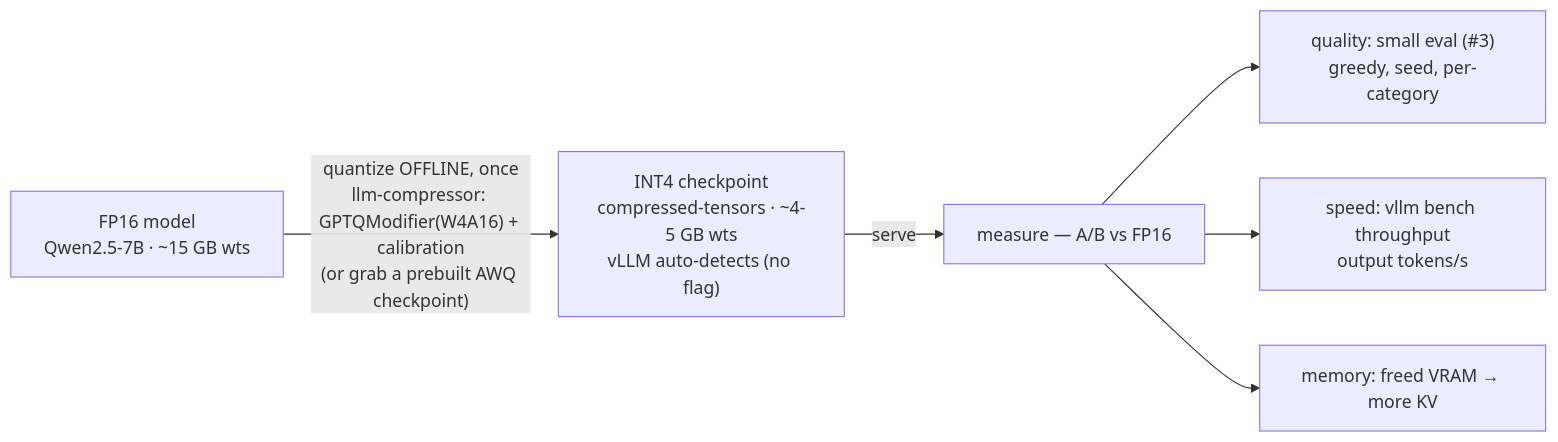
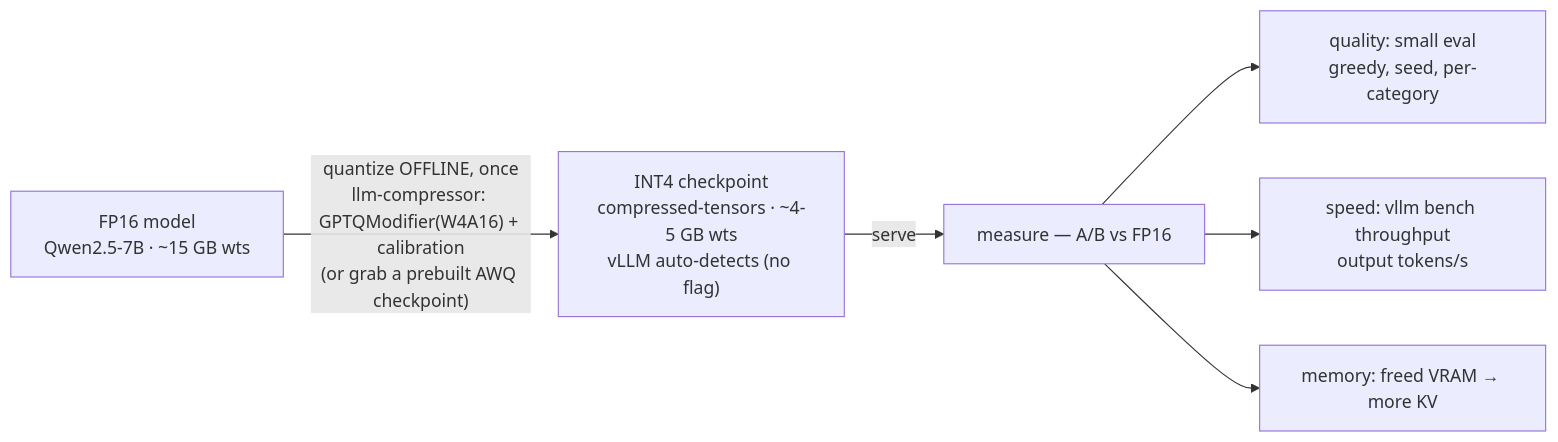
The diagram in site_src/part4/quantization-lab.md (xiangzhang-coding/inference-learning-path), drawn with Mermaid before and after one commit. The commit also changed other lines of this file and 33 other files, not shown here.

````diff
--- a/site_src/part4/quantization-lab.md
+++ b/site_src/part4/quantization-lab.md
@@ -18,8 +18,8 @@
 ```mermaid
 flowchart LR
     FP16["FP16 model<br/>Qwen2.5-7B · ~15 GB wts"] -->|"quantize OFFLINE, once<br/>llm-compressor: GPTQModifier(W4A16) + calibration<br/>(or grab a prebuilt AWQ checkpoint)"| INT4["INT4 checkpoint<br/>compressed-tensors · ~4-5 GB wts<br/>vLLM auto-detects (no flag)"]
     INT4 -->|"serve"| M["measure — A/B vs FP16"]
-    M --> Q["quality: small eval (#3)<br/>greedy, seed, per-category"]
+    M --> Q["quality: small eval<br/>greedy, seed, per-category"]
     M --> S["speed: vllm bench throughput<br/>output tokens/s"]
     M --> V["memory: freed VRAM → more KV"]
 ```
````
